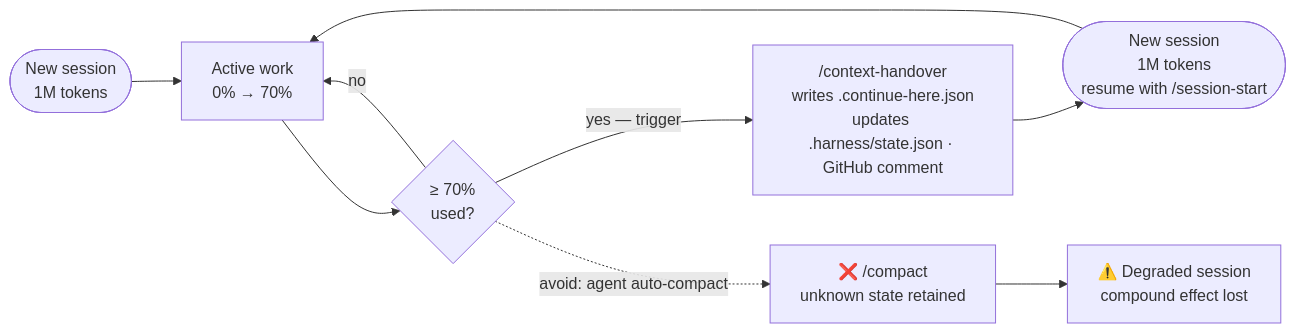
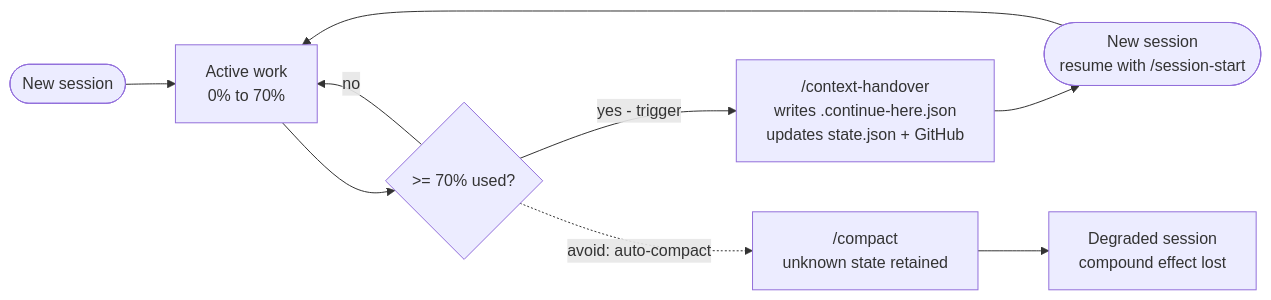
Before and after one commit to ClydeShen/harness-skill: the first of 3 diagrams in README.md, drawn with Mermaid. The commit also changed other lines of this file, not shown here.

First line of the commit message:
docs: fix mermaid rendering issues

````diff
--- a/README.md
+++ b/README.md
@@ -109,12 +109,12 @@
 ```mermaid
 flowchart LR
-    A([New session<br/>1M tokens]) --> B["Active work<br/>0% → 70%"]
-    B --> C{"≥ 70%<br/>used?"}
+    A([New session]) --> B["Active work<br/>0% to 70%"]
+    B --> C{">= 70% used?"}
     C -->|no| B
-    C -->|"yes — trigger"| D["/context-handover<br/>writes .continue-here.json<br/>updates .harness/state.json · GitHub comment"]
-    D --> E([New session<br/>1M tokens<br/>resume with /session-start])
+    C -->|yes - trigger| D["/context-handover<br/>writes .continue-here.json<br/>updates state.json + GitHub"]
+    D --> E([New session<br/>resume with /session-start])
     E --> B
 
-    C -. "avoid: agent auto-compact" .-> F["❌ /compact<br/>unknown state retained"]
-    F --> G["⚠️ Degraded session<br/>compound effect lost"]
+    C -. "avoid: auto-compact" .-> F["/compact<br/>unknown state retained"]
+    F --> G["Degraded session<br/>compound effect lost"]
 ```
````
